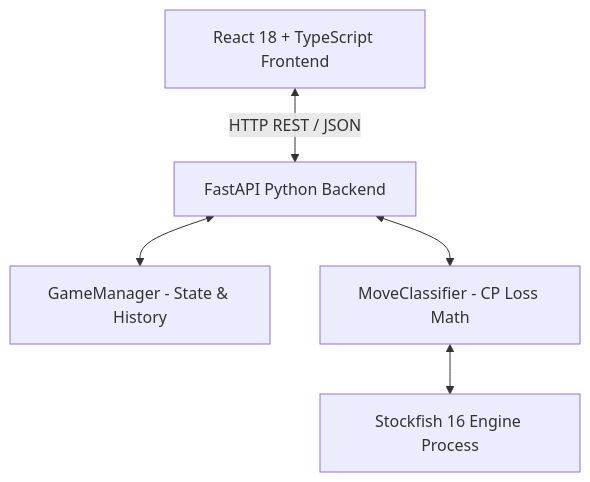
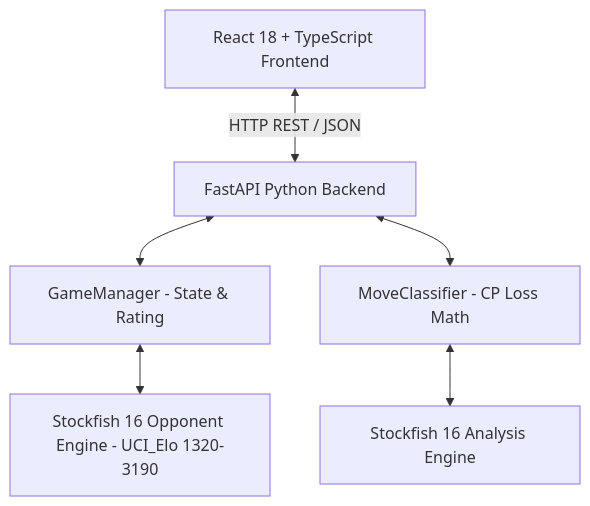
Before and after one commit to janhavi-28/chess-game: the first of 6 diagrams in ARCHITECTURE.md, drawn with Mermaid. The commit also changed 3 other files, not shown here.

````diff
--- a/ARCHITECTURE.md
+++ b/ARCHITECTURE.md
@@ -11,7 +11,8 @@
 ```mermaid
 graph TD
     Client[React 18 + TypeScript Frontend] <-->|HTTP REST / JSON| API[FastAPI Python Backend]
-    API <--> Manager[GameManager - State & History]
+    API <--> Manager[GameManager - State & Rating]
     API <--> Classifier[MoveClassifier - CP Loss Math]
-    Classifier <--> Engine[Stockfish 16 Engine Process]
+    Classifier <--> Engine[Stockfish 16 Analysis Engine]
+    Manager <--> OpponentEngine[Stockfish 16 Opponent Engine - UCI_Elo 1320-3190]
 ```
````
